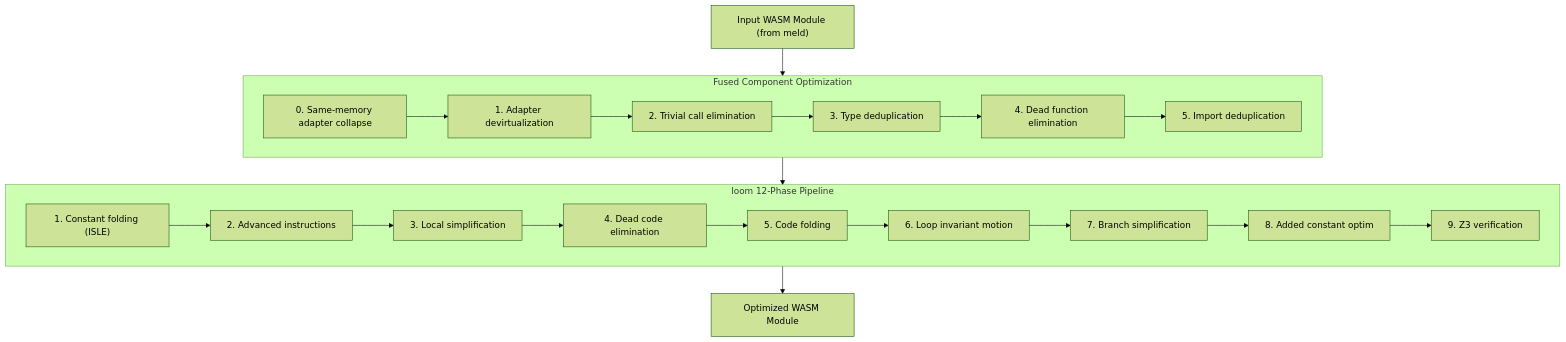
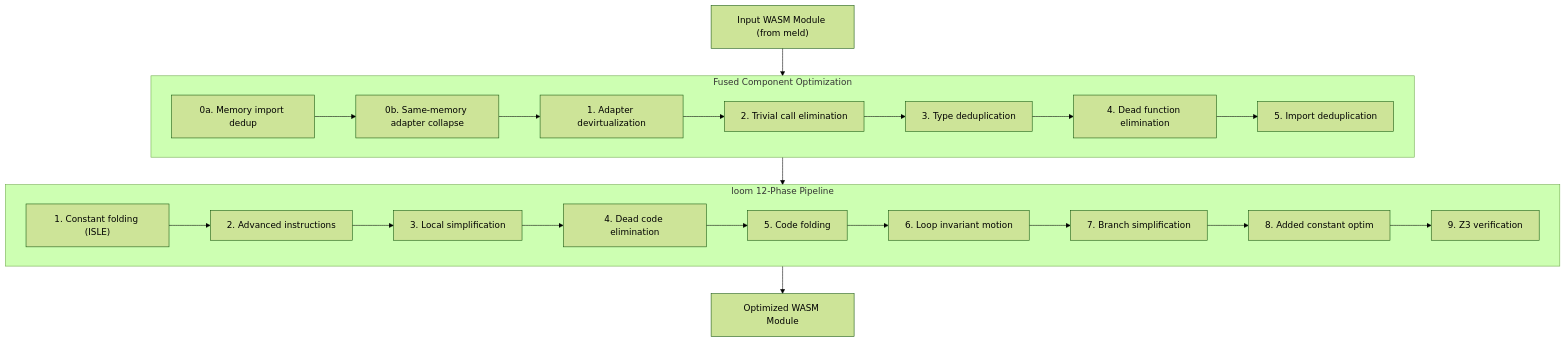
Before and after one commit to pulseengine/loom: the seventh of 8 diagrams in docs/design/fused-component-optimization.md, drawn with Mermaid (forest theme). The commit also changed other lines of this file and 8 other files, not shown here.

First line of the commit message:
feat: add memory index tracking to all load/store instructions and generalize multi-memory adapter collapse

````diff
--- a/docs/design/fused-component-optimization.md
+++ b/docs/design/fused-component-optimization.md
@@ -313,32 +339,33 @@
 ```mermaid
 flowchart TD
     Input["Input WASM Module (from meld)"]
     Input --> Fused
 
     subgraph Fused["Fused Component Optimization"]
-        F0["0. Same-memory adapter collapse"]
+        F0a["0a. Memory import dedup"]
+        F0b["0b. Same-memory adapter collapse"]
         F1["1. Adapter devirtualization"]
         F2["2. Trivial call elimination"]
         F3["3. Type deduplication"]
         F4["4. Dead function elimination"]
         F5["5. Import deduplication"]
-        F0 --> F1 --> F2 --> F3 --> F4 --> F5
+        F0a --> F0b --> F1 --> F2 --> F3 --> F4 --> F5
     end
 
     Fused --> Standard
 
     subgraph Standard["loom 12-Phase Pipeline"]
         S1["1. Constant folding (ISLE)"]
         S2["2. Advanced instructions"]
         S3["3. Local simplification"]
         S4["4. Dead code elimination"]
         S5["5. Code folding"]
         S6["6. Loop invariant motion"]
         S7["7. Branch simplification"]
         S8["8. Added constant optim"]
         S9["9. Z3 verification"]
         S1 --> S2 --> S3 --> S4 --> S5 --> S6 --> S7 --> S8 --> S9
     end
 
     Standard --> Output["Optimized WASM Module"]
 ```
````
